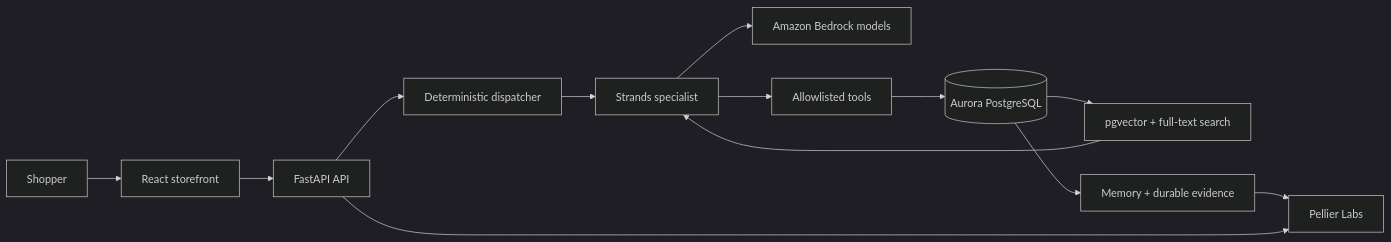
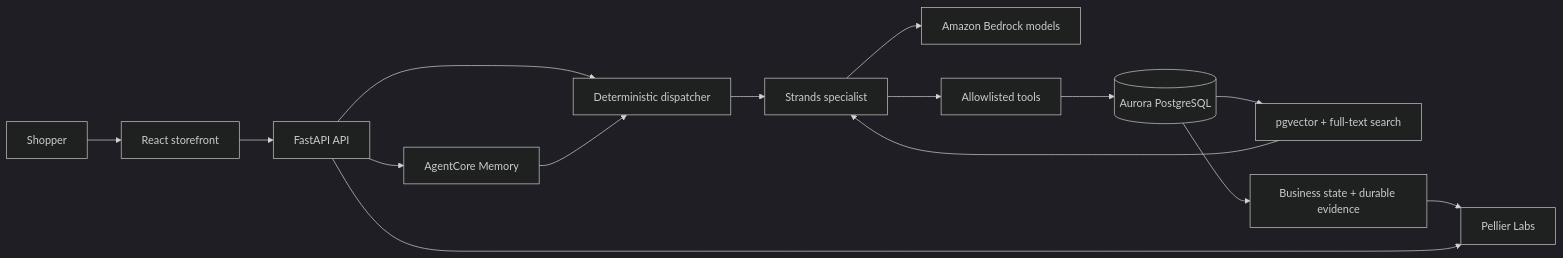
The diagram in README.md (aws-samples/sample-dat406-build-agentic-ai-powered-search-apg), drawn with Mermaid (dark theme) before and after one commit. The commit also changed other lines of this file and 133 other files, not shown here.

Commit message:
feat: focus builders path and require AgentCore Memory

````diff
--- a/README.md
+++ b/README.md
@@ -88,15 +88,17 @@
 ```mermaid
 flowchart LR
     Shopper["Shopper"] --> Storefront["React storefront"]
     Storefront --> API["FastAPI API"]
     API --> Dispatcher["Deterministic dispatcher"]
     Dispatcher --> Specialist["Strands specialist"]
     Specialist --> Bedrock["Amazon Bedrock models"]
     Specialist --> Tools["Allowlisted tools"]
     Tools --> Aurora[("Aurora PostgreSQL")]
     Aurora --> Retrieval["pgvector + full-text search"]
-    Aurora --> Evidence["Memory + durable evidence"]
+    Aurora --> Evidence["Business state + durable evidence"]
+    API --> Memory["AgentCore Memory"]
+    Memory --> Dispatcher
     Retrieval --> Specialist
     Evidence --> Labs["Pellier Labs"]
     API --> Labs
 ```
````
